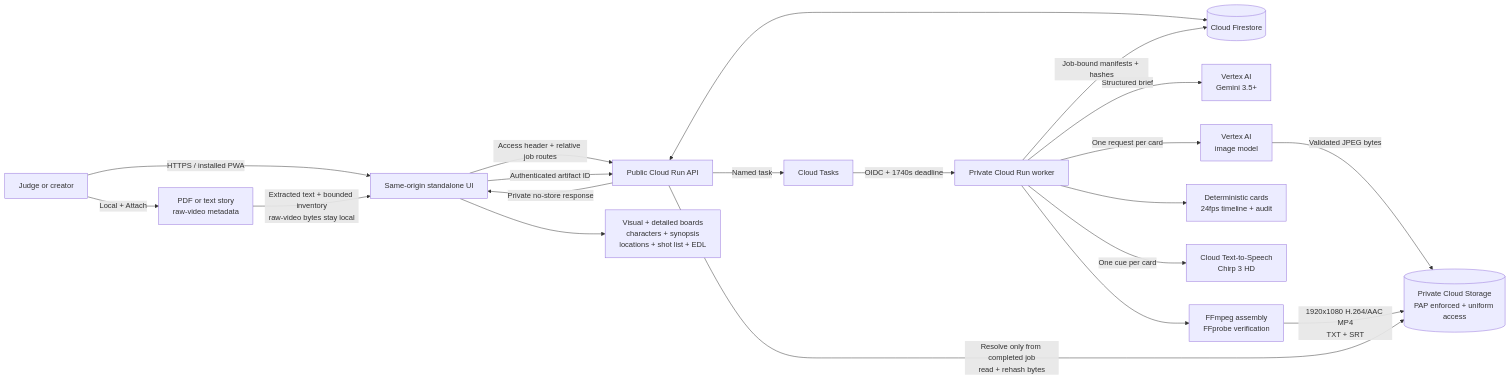
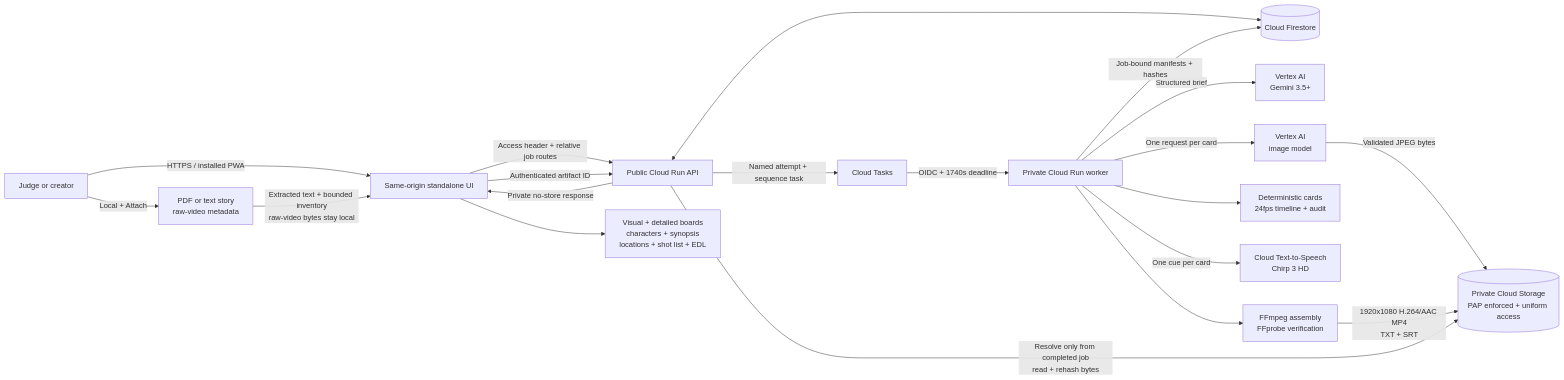
Before and after one commit to rmcmurrer81/video-studio-production-director: the first of 2 diagrams in docs/ARCHITECTURE.md, drawn with Mermaid. The commit also changed other lines of this file and 15 other files, not shown here.

````diff
--- a/docs/ARCHITECTURE.md
+++ b/docs/ARCHITECTURE.md
@@ -5,27 +5,27 @@
 ```mermaid
 flowchart LR
     User[Judge or creator] -->|HTTPS / installed PWA| UI[Same-origin standalone UI]
     User -->|Local + Attach| Sources[PDF or text story<br/>raw-video metadata]
     Sources -->|Extracted text + bounded inventory<br/>raw-video bytes stay local| UI
 
     UI -->|Access header + relative job routes| API[Public Cloud Run API]
     API <--> DB[(Cloud Firestore)]
-    API -->|Named task| Queue[Cloud Tasks]
+    API -->|Named attempt + sequence task| Queue[Cloud Tasks]
     Queue -->|OIDC + 1740s deadline| Worker[Private Cloud Run worker]
 
     Worker -->|Structured brief| Gemini[Vertex AI<br/>Gemini 3.5+]
     Worker -->|One request per card| Images[Vertex AI<br/>image model]
     Worker --> Compiler[Deterministic cards<br/>24fps timeline + audit]
     Worker -->|One cue per card| TTS[Cloud Text-to-Speech<br/>Chirp 3 HD]
     Worker --> Media[FFmpeg assembly<br/>FFprobe verification]
 
     Images -->|Validated JPEG bytes| Store[(Private Cloud Storage<br/>PAP enforced + uniform access)]
     Media -->|1920x1080 H.264/AAC MP4<br/>TXT + SRT| Store
     Worker -->|Job-bound manifests + hashes| DB
 
     UI -->|Authenticated artifact ID| API
     API -->|Resolve only from completed job<br/>read + rehash bytes| Store
     API -->|Private no-store response| UI
 
     UI --> Exports[Visual + detailed boards<br/>characters + synopsis<br/>locations + shot list + EDL]
 ```
````
